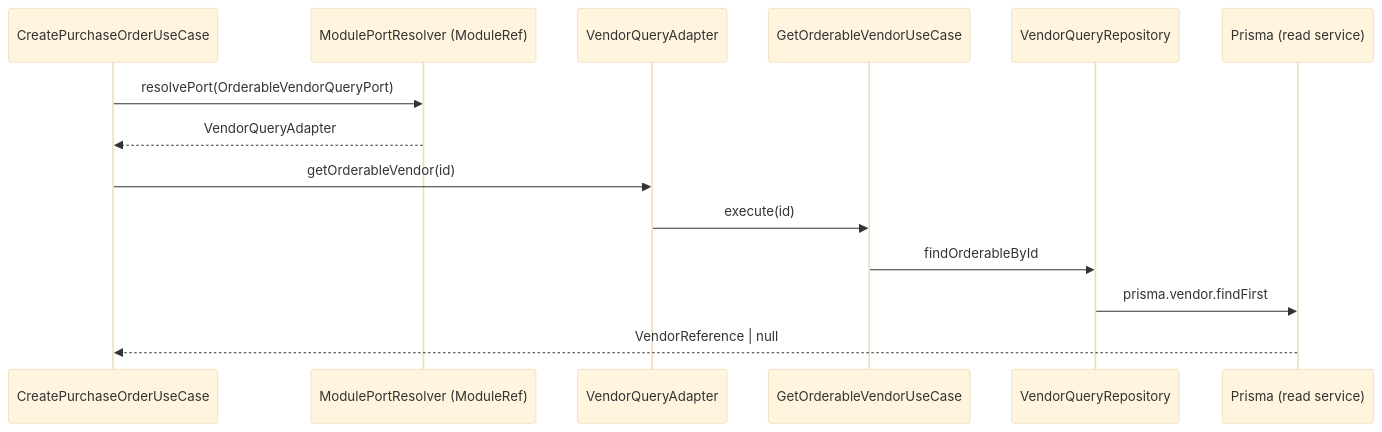
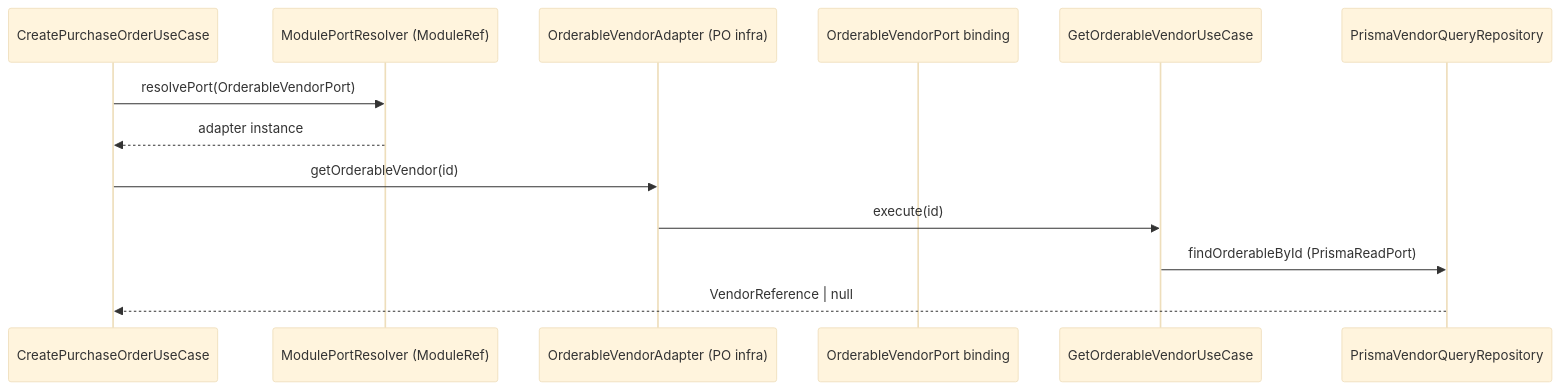
Before and after one commit to ashrafemon/ddd-boilerplate: the second of 3 diagrams in ARCHITECTURE.md, drawn with Mermaid (base theme). The commit also changed other lines of this file and 6 other files, not shown here.

First line of the commit message:
feat(platform): add queue infrastructure and update architecture docs

````diff
--- a/ARCHITECTURE.md
+++ b/ARCHITECTURE.md
@@ -348,16 +380,15 @@
 ```mermaid
 sequenceDiagram
     participant PO as CreatePurchaseOrderUseCase
     participant RES as ModulePortResolver (ModuleRef)
-    participant VA as VendorQueryAdapter
+    participant OA as OrderableVendorAdapter (PO infra)
+    participant VA as OrderableVendorPort binding
     participant UC as GetOrderableVendorUseCase
-    participant VR as VendorQueryRepository
-    participant DB as Prisma (read service)
-    PO->>RES: resolvePort(OrderableVendorQueryPort)
-    RES-->>PO: VendorQueryAdapter
-    PO->>VA: getOrderableVendor(id)
-    VA->>UC: execute(id)
-    UC->>VR: findOrderableById
-    VR->>DB: prisma.vendor.findFirst
-    DB-->>PO: VendorReference | null
+    participant QR as PrismaVendorQueryRepository
+    PO->>RES: resolvePort(OrderableVendorPort)
+    RES-->>PO: adapter instance
+    PO->>OA: getOrderableVendor(id)
+    OA->>UC: execute(id)
+    UC->>QR: findOrderableById (PrismaReadPort)
+    QR-->>PO: VendorReference | null
 ```
````
